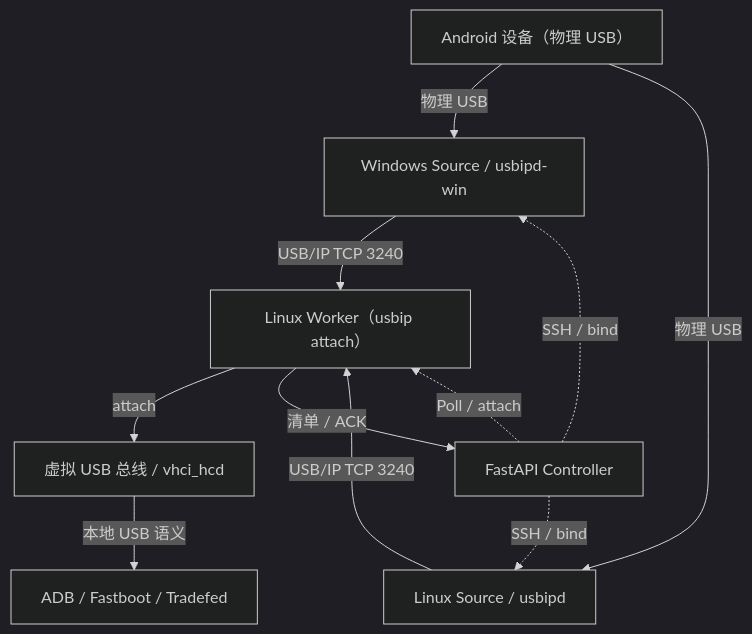
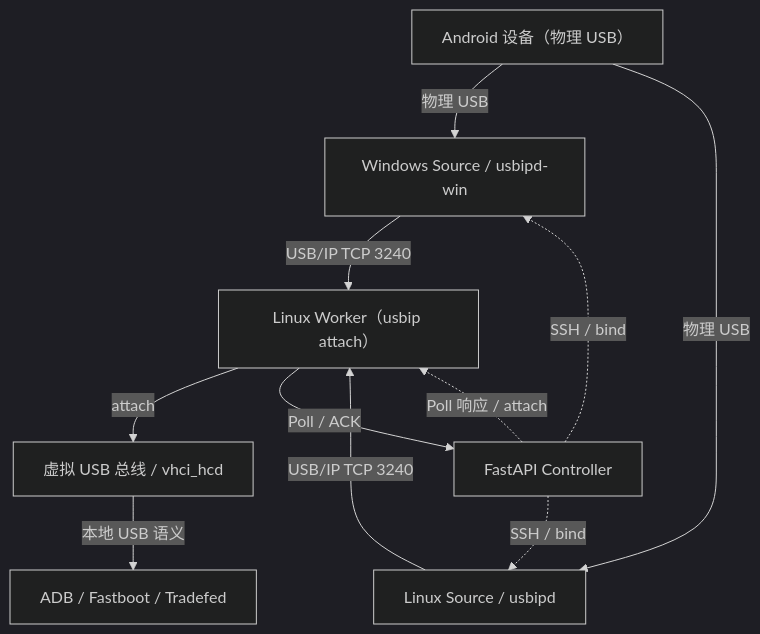
Before and after one commit to weixin1263831586/GMS_Remote_Test_Web: the diagram in docs/architecture/usbip-topology.mmd, drawn with Mermaid (dark theme). The commit also changed 116 other files, not shown here.

```diff
--- a/docs/architecture/usbip-topology.mmd
+++ b/docs/architecture/usbip-topology.mmd
@@ -1,20 +1,20 @@
-%% 设备物理连接在 Source；Worker 看到的是 vhci_hcd 虚拟 USB，不是二次物理设备。
+%% Windows / Linux Source 是二选一的物理连接路径；Worker 看到的是 vhci_hcd 虚拟 USB，不是二次物理设备。
 flowchart TB
     DevSrc["Android 设备（物理 USB）"]
     WinSrc["Windows Source / usbipd-win"]
     LinuxSrc["Linux Source / usbipd"]
     Worker["Linux Worker（usbip attach）"]
     Ctrl["FastAPI Controller"]
     DevWorker["虚拟 USB 总线 / vhci_hcd"]
     Tools["ADB / Fastboot / Tradefed"]
 
     DevSrc -->|"物理 USB"| WinSrc
     DevSrc -->|"物理 USB"| LinuxSrc
     WinSrc -->|"USB/IP TCP 3240"| Worker
     LinuxSrc -->|"USB/IP TCP 3240"| Worker
     Worker -->|"attach"| DevWorker
     DevWorker -->|"本地 USB 语义"| Tools
     Ctrl -.->|"SSH / bind"| WinSrc
     Ctrl -.->|"SSH / bind"| LinuxSrc
-    Ctrl -.->|"Poll / attach"| Worker
-    Worker -->|"清单 / ACK"| Ctrl
+    Ctrl -.->|"Poll 响应 / attach"| Worker
+    Worker -->|"Poll / ACK"| Ctrl
```
